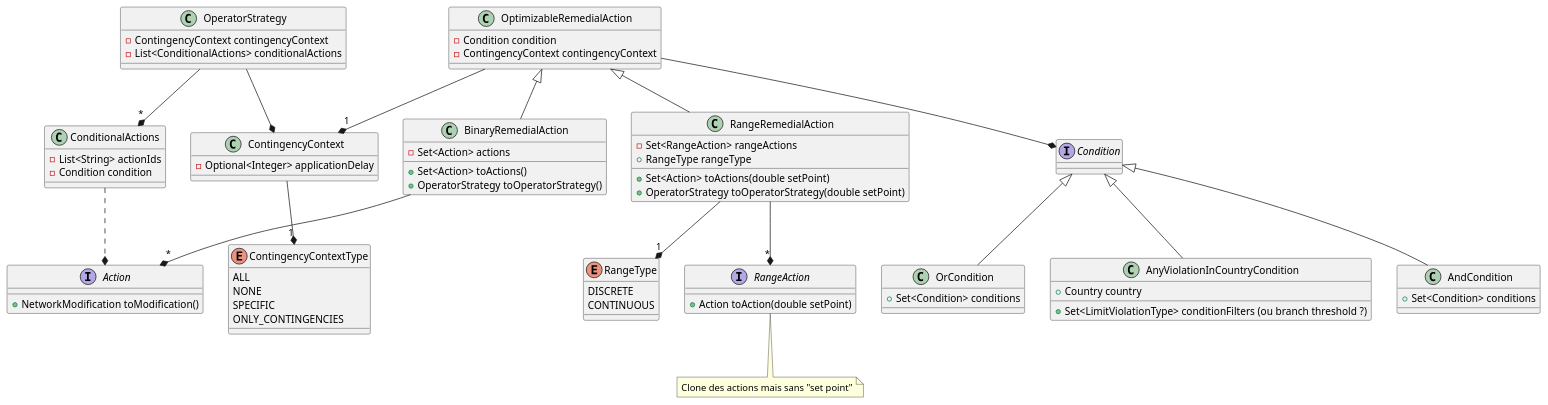
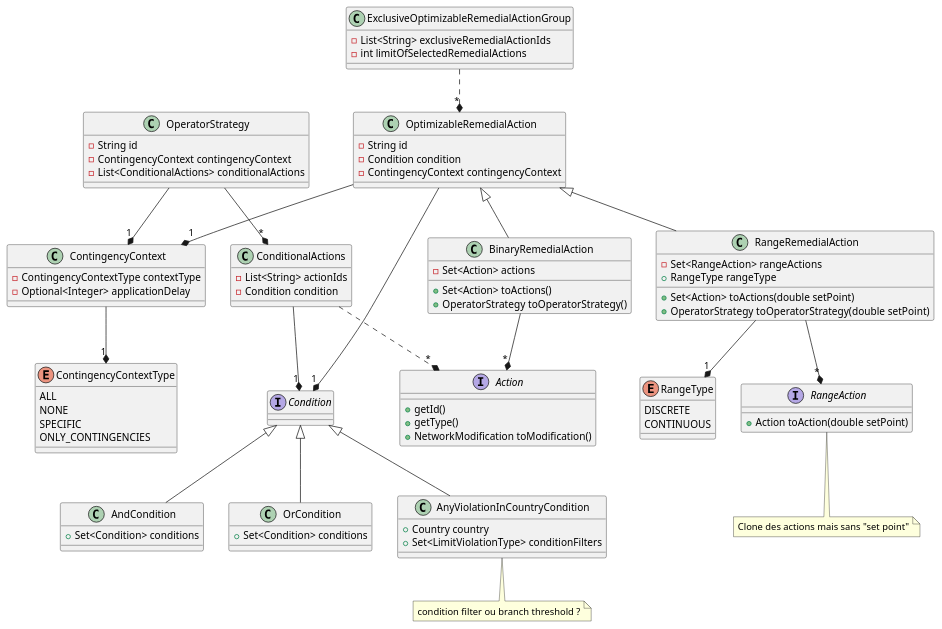
One commit to powsybl/powsybl-core changed the diagram in docs/simulation/security/operatorStrategy_simple_future.puml. Above: the diagram before and after it, drawn with PlantUML.

Commit message:
Add exclusive

```diff
--- a/docs/simulation/security/operatorStrategy_simple_future.puml
+++ b/docs/simulation/security/operatorStrategy_simple_future.puml
@@ -1,90 +1,101 @@
 @startuml
 
 class OperatorStrategy {
+  - String id
   - ContingencyContext contingencyContext
   - List<ConditionalActions> conditionalActions
 }
-OperatorStrategy --* ContingencyContext
+OperatorStrategy --* "1" ContingencyContext
 OperatorStrategy --* "*" ConditionalActions
 
 interface Condition
 Condition <|-- AndCondition
 Condition <|-- OrCondition
 Condition <|-- AnyViolationInCountryCondition
 
 class AndCondition {
   + Set<Condition> conditions
 }
 
 class OrCondition {
   + Set<Condition> conditions
 }
 
 class AnyViolationInCountryCondition {
  + Country country
- + Set<LimitViolationType> conditionFilters (ou branch threshold ?)
+ + Set<LimitViolationType> conditionFilters
 }
+
+note bottom: condition filter ou branch threshold ?
 
 
 class ConditionalActions {
   - List<String> actionIds
   - Condition condition
 }
-ConditionalActions ..* Action
-
+ConditionalActions ..* "*" Action
+ConditionalActions --* "1" Condition
 
 class ContingencyContext {
+  - ContingencyContextType contextType
   - Optional<Integer> applicationDelay
 }
 ContingencyContext --* "1" ContingencyContextType
 
 enum ContingencyContextType {
   ALL
   NONE
   SPECIFIC
   ONLY_CONTINGENCIES
 }
 
 interface Action {
- + NetworkModification toModification()
+  + getId()
+  + getType()
+  + NetworkModification toModification()
 }
 
 class OptimizableRemedialAction {
+  - String id
   - Condition condition
   - ContingencyContext contingencyContext
 }
-OptimizableRemedialAction --* Condition
+OptimizableRemedialAction --* "1" Condition
 OptimizableRemedialAction --* "1" ContingencyContext
 OptimizableRemedialAction <|-- BinaryRemedialAction
 OptimizableRemedialAction <|-- RangeRemedialAction
 
 class BinaryRemedialAction {
   - Set<Action> actions
   + Set<Action> toActions()
   + OperatorStrategy toOperatorStrategy()
 }
 BinaryRemedialAction --* "*" Action
 
 class RangeRemedialAction {
   - Set<RangeAction> rangeActions
   + RangeType rangeType
   + Set<Action> toActions(double setPoint)
   + OperatorStrategy toOperatorStrategy(double setPoint)
 }
 RangeRemedialAction --* "*" RangeAction
 RangeRemedialAction --* "1" RangeType
 
 enum RangeType {
   DISCRETE
   CONTINUOUS
 }
 
 interface RangeAction {
   + Action toAction(double setPoint)
 }
 note bottom: Clone des actions mais sans "set point"
 
-
+class ExclusiveOptimizableRemedialActionGroup {
+  - List<String> exclusiveRemedialActionIds
+  - int limitOfSelectedRemedialActions
+}
+ExclusiveOptimizableRemedialActionGroup ..* "*" OptimizableRemedialAction
 
 
 @enduml
```
